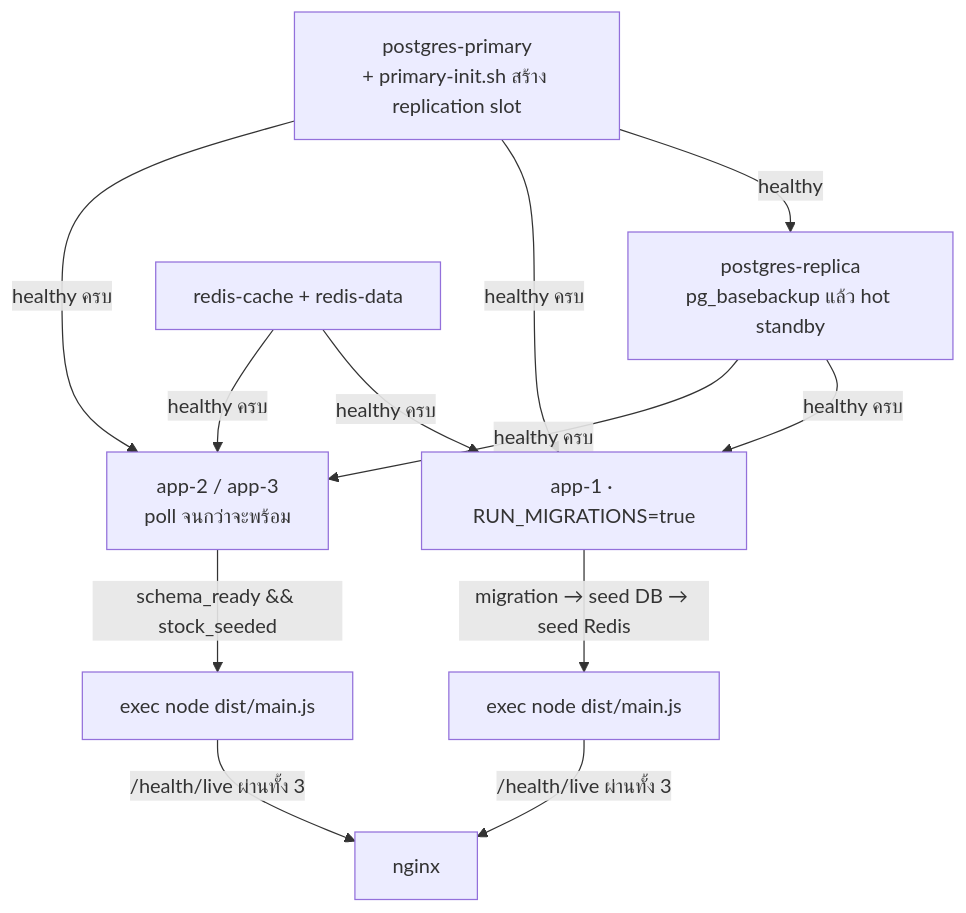
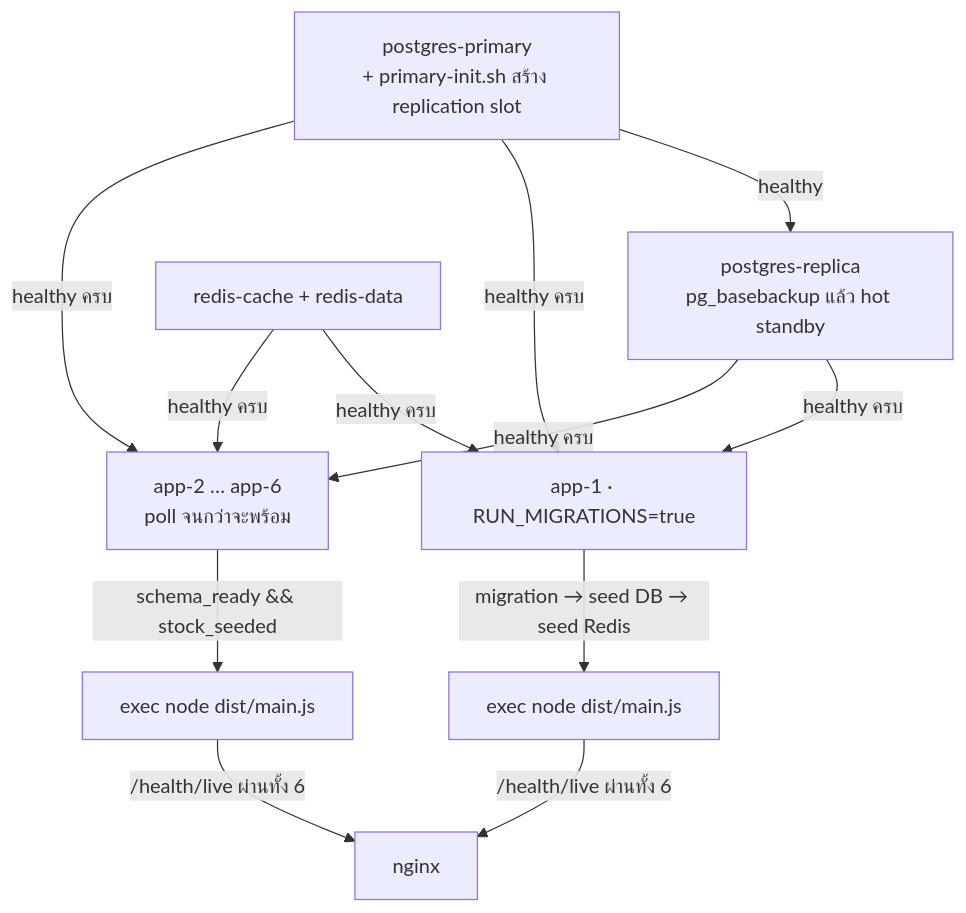
The seventh of 7 diagrams in docs/Codebase/All_in_one/codebase-guide.md (tophbeifong123/mini-project-backend-mobile), drawn with Mermaid before and after one commit. The commit also changed other lines of this file and 11 other files, not shown here.

````diff
--- a/docs/Codebase/All_in_one/codebase-guide.md
+++ b/docs/Codebase/All_in_one/codebase-guide.md
@@ -418,16 +421,16 @@
 ```mermaid
 flowchart TD
     S1["postgres-primary<br/>+ primary-init.sh สร้าง replication slot"]
     S2["postgres-replica<br/>pg_basebackup แล้ว hot standby"]
     S3["redis-cache + redis-data"]
     S4["app-1 · RUN_MIGRATIONS=true"]
-    S5["app-2 / app-3<br/>poll จนกว่าจะพร้อม"]
+    S5["app-2 … app-6<br/>poll จนกว่าจะพร้อม"]
     S6["nginx"]
 
     S1 -->|healthy| S2
     S1 & S2 & S3 -->|healthy ครบ| S4
     S1 & S2 & S3 -->|healthy ครบ| S5
     S4 -->|"migration → seed DB → seed Redis"| S4b["exec node dist/main.js"]
     S5 -->|"schema_ready && stock_seeded"| S5b["exec node dist/main.js"]
-    S4b & S5b -->|"/health/live ผ่านทั้ง 3"| S6
+    S4b & S5b -->|"/health/live ผ่านทั้ง 6"| S6
 ```
````
